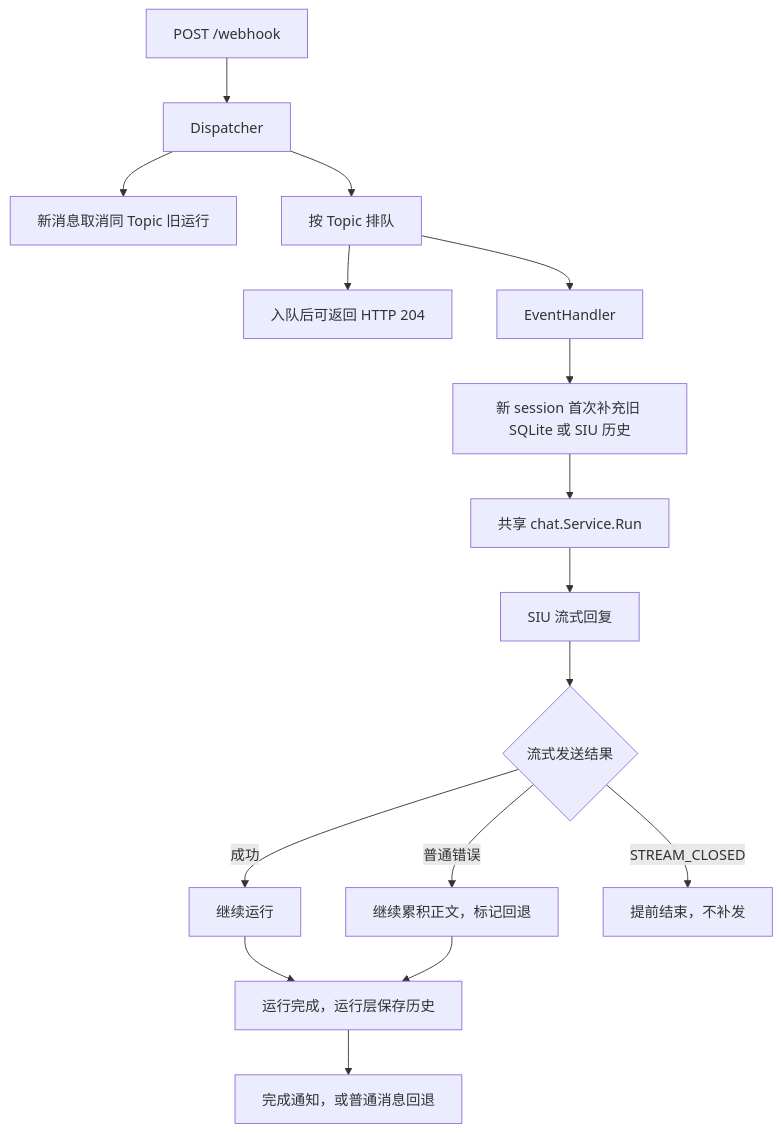
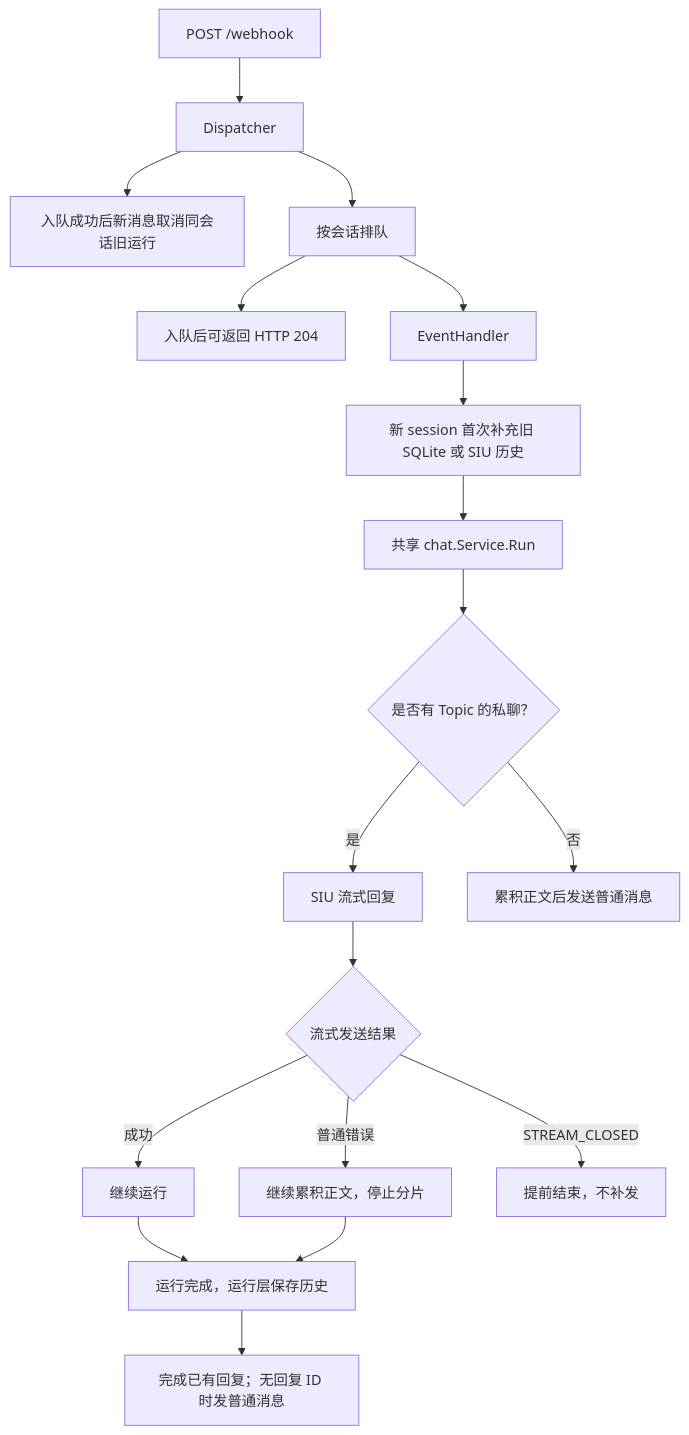
One commit to 111hell/tinkerbot changed the sixth of 6 diagrams in docs/architecture.md. Above: the diagram before and after it, drawn with Mermaid. The commit also changed other lines of this file and 47 other files, not shown here.

````diff
--- a/docs/architecture.md
+++ b/docs/architecture.md
@@ -153,18 +153,20 @@
 ```mermaid
 flowchart TD
     Hook["POST /webhook"] --> Dispatch["Dispatcher"]
-    Dispatch --> Manager["新消息取消同 Topic 旧运行"]
-    Dispatch --> Queue["按 Topic 排队"]
+    Dispatch --> Manager["入队成功后新消息取消同会话旧运行"]
+    Dispatch --> Queue["按会话排队"]
     Queue --> Ack["入队后可返回 HTTP 204"]
     Queue --> Handler["EventHandler"]
     Handler --> Seed["新 session 首次补充旧 SQLite 或 SIU 历史"]
     Seed --> Runtime["共享 chat.Service.Run"]
-    Runtime --> Stream["SIU 流式回复"]
+    Runtime --> Mode{"是否有 Topic 的私聊？"}
+    Mode -->|是| Stream["SIU 流式回复"]
+    Mode -->|否| Plain["累积正文后发送普通消息"]
     Stream --> Status{"流式发送结果"}
     Status -->|成功| Continue["继续运行"]
-    Status -->|普通错误| Accumulate["继续累积正文，标记回退"]
+    Status -->|普通错误| Accumulate["继续累积正文，停止分片"]
     Status -->|STREAM_CLOSED| Stop["提前结束，不补发"]
     Continue --> Complete["运行完成，运行层保存历史"]
     Accumulate --> Complete
-    Complete --> Finish["完成通知，或普通消息回退"]
+    Complete --> Finish["完成已有回复；无回复 ID 时发普通消息"]
 ```
````
